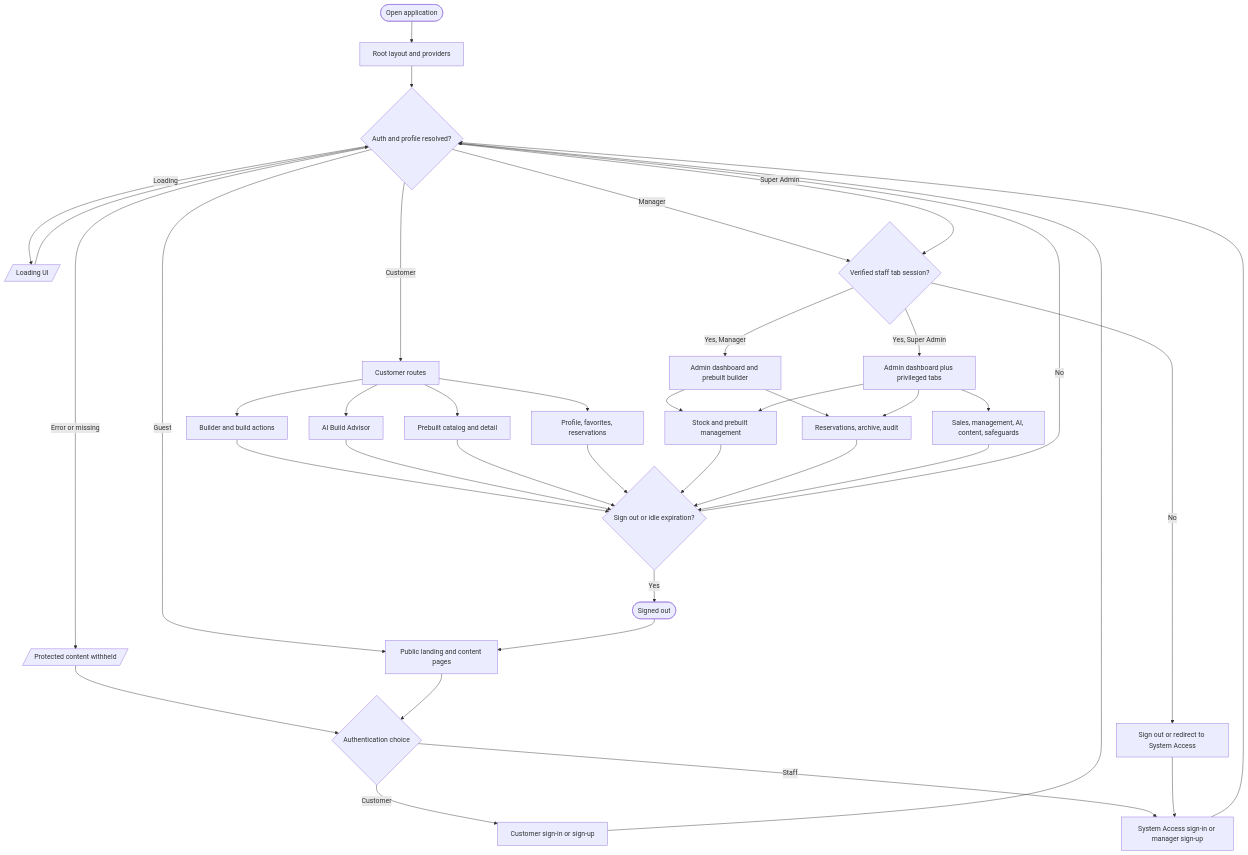
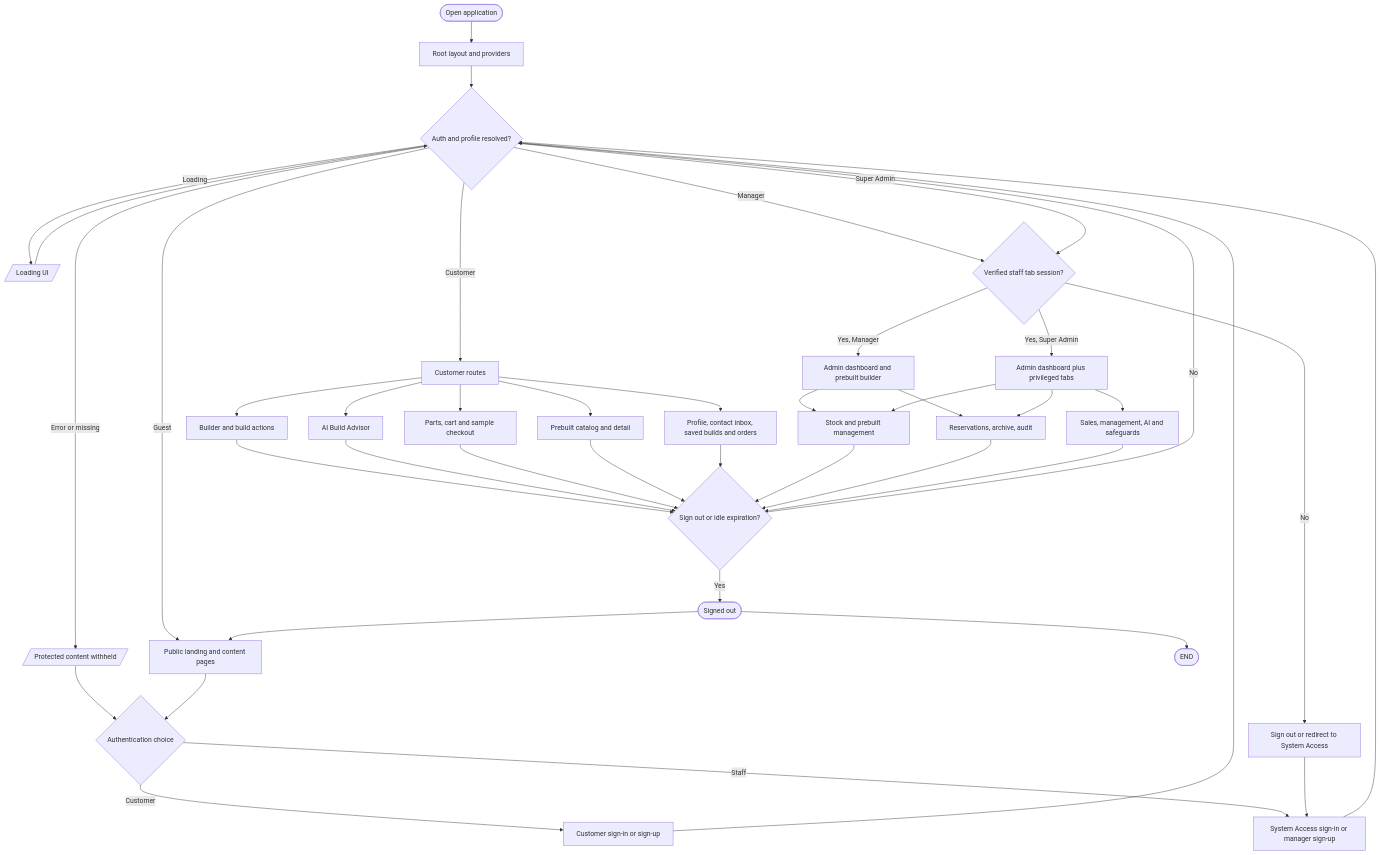
Before and after one commit to VirgenRayzon/BuilbotAI: the diagram in docs/flowcharts/master-system-flowchart.md, drawn with Mermaid. The commit also changed other lines of this file and 109 other files, not shown here.

Commit message:
feat(builder): add live recommendations, budget slider, and updated system flowcharts

````diff
--- a/docs/flowcharts/master-system-flowchart.md
+++ b/docs/flowcharts/master-system-flowchart.md
@@ -5,37 +9,40 @@
 ```mermaid
 flowchart TD
   Start([Open application]) --> Load[Root layout and providers]
   Load --> Profile{Auth and profile resolved?}
   Profile -- Loading --> Wait[/Loading UI/] --> Profile
   Profile -- Error or missing --> Hold[/Protected content withheld/] --> Auth
   Profile -- Guest --> Public[Public landing and content pages]
   Public --> Auth{Authentication choice}
   Auth -- Customer --> CustomerAuth[Customer sign-in or sign-up]
   Auth -- Staff --> StaffAuth[System Access sign-in or manager sign-up]
   Profile -- Customer --> User[Customer routes]
   Profile -- Manager --> StaffSession{Verified staff tab session?}
   Profile -- Super Admin --> StaffSession
   CustomerAuth --> Profile
   StaffAuth --> Profile
   StaffSession -- No --> StaffExit[Sign out or redirect to System Access] --> StaffAuth
   StaffSession -- Yes, Manager --> Manager[Admin dashboard and prebuilt builder]
   StaffSession -- Yes, Super Admin --> Super[Admin dashboard plus privileged tabs]
   User --> Builder[Builder and build actions]
   User --> Advisor[AI Build Advisor]
+  User --> Store[Parts, cart and sample checkout]
   User --> Prebuilts[Prebuilt catalog and detail]
-  User --> UserProfile[Profile, favorites, reservations]
+  User --> UserProfile[Profile, contact inbox, saved builds and orders]
   Manager --> Inventory[Stock and prebuilt management]
   Manager --> Orders[Reservations, archive, audit]
   Super --> Inventory
   Super --> Orders
-  Super --> Privileged[Sales, management, AI, content, safeguards]
+  Super --> Privileged[Sales, management, AI and safeguards]
   Builder --> Logout{Sign out or idle expiration?}
   Advisor --> Logout
+  Store --> Logout
   Prebuilts --> Logout
   UserProfile --> Logout
   Inventory --> Logout
   Orders --> Logout
   Privileged --> Logout
   Logout -- No --> Profile
   Logout -- Yes --> SignedOut([Signed out]) --> Public
+  SignedOut --> Finish([END])
 ```
````
